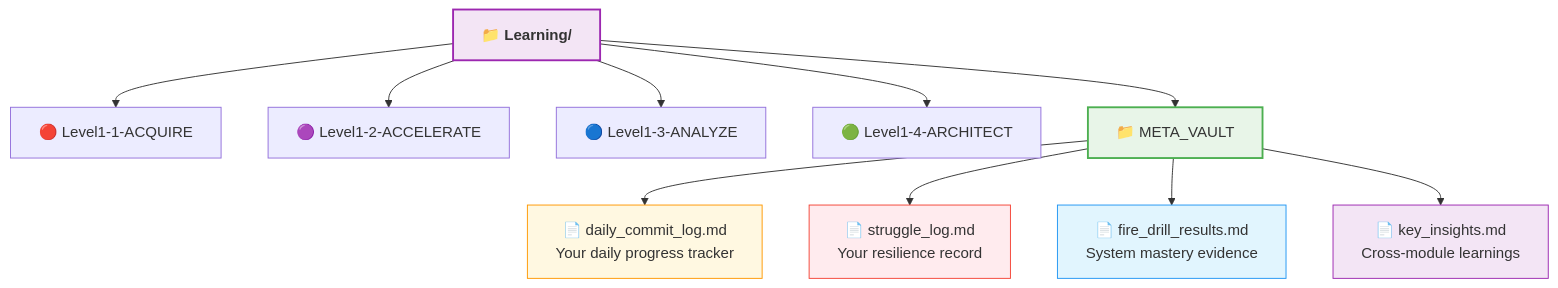
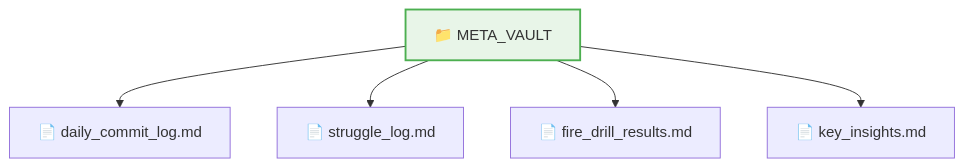
One commit to uniqueumamaheswari-universe/SQLVerse changed the eighth of 11 diagrams in Level-1-beginner/Guides/Section1-ACQUIRE/3_Knowledge_Base.md. Above: the diagram before and after it, drawn with Mermaid. The commit also changed other lines of this file and 9 other files, not shown here.

````diff
--- a/Level-1-beginner/Guides/Section1-ACQUIRE/3_Knowledge_Base.md
+++ b/Level-1-beginner/Guides/Section1-ACQUIRE/3_Knowledge_Base.md
@@ -495,20 +305,10 @@
 ```mermaid
 flowchart TD
-    Learning["<b>📁 Learning/</b>"] --> Acquire["🔴 Level1-1-ACQUIRE"]
-    Learning --> Accelerate["🟣 Level1-2-ACCELERATE"]
-    Learning --> Analyze["🔵 Level1-3-ANALYZE"]
-    Learning --> Architect["🟢 Level1-4-ARCHITECT"]
-    Learning --> Meta["📁 META_VAULT"]
+    Meta["📁 META_VAULT"]
+    Meta --> Daily["📄 daily_commit_log.md"]
+    Meta --> Struggle["📄 struggle_log.md"]
+    Meta --> FireDrill["📄 fire_drill_results.md"]
+    Meta --> Reflections["📄 key_insights.md"]
     
-    Meta --> Daily["📄 daily_commit_log.md<br/>Your daily progress tracker"]
-    Meta --> Struggle["📄 struggle_log.md<br/>Your resilience record"]
-    Meta --> FireDrill["📄 fire_drill_results.md<br/>System mastery evidence"]
-    Meta --> Reflections["📄 key_insights.md<br/>Cross-module learnings"]
-    
-    style Learning fill:#f3e5f5,stroke:#9c27b0,stroke-width:2px
     style Meta fill:#e8f5e8,stroke:#4caf50,stroke-width:2px
-    style Daily fill:#fff8e1,stroke:#ff9800
-    style Struggle fill:#ffebee,stroke:#f44336
-    style FireDrill fill:#e1f5fe,stroke:#2196f3
-    style Reflections fill:#f3e5f5,stroke:#9c27b0
 ```
````
